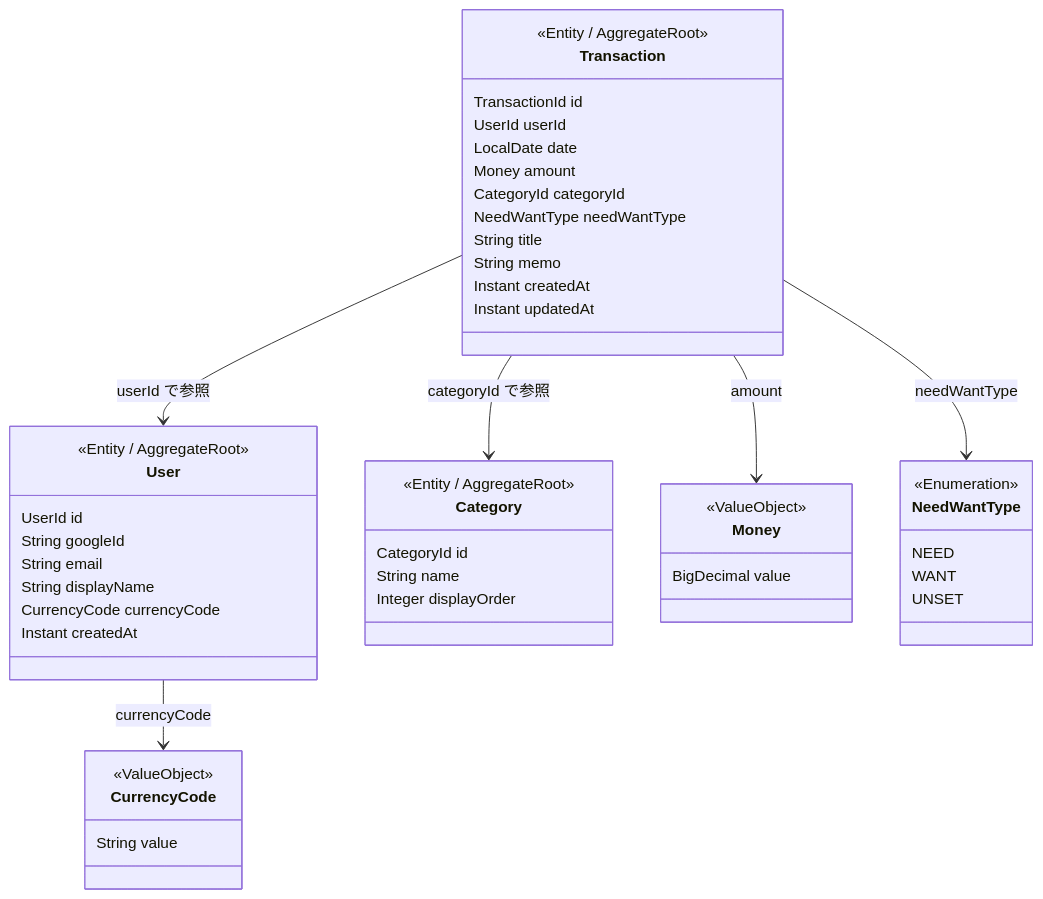
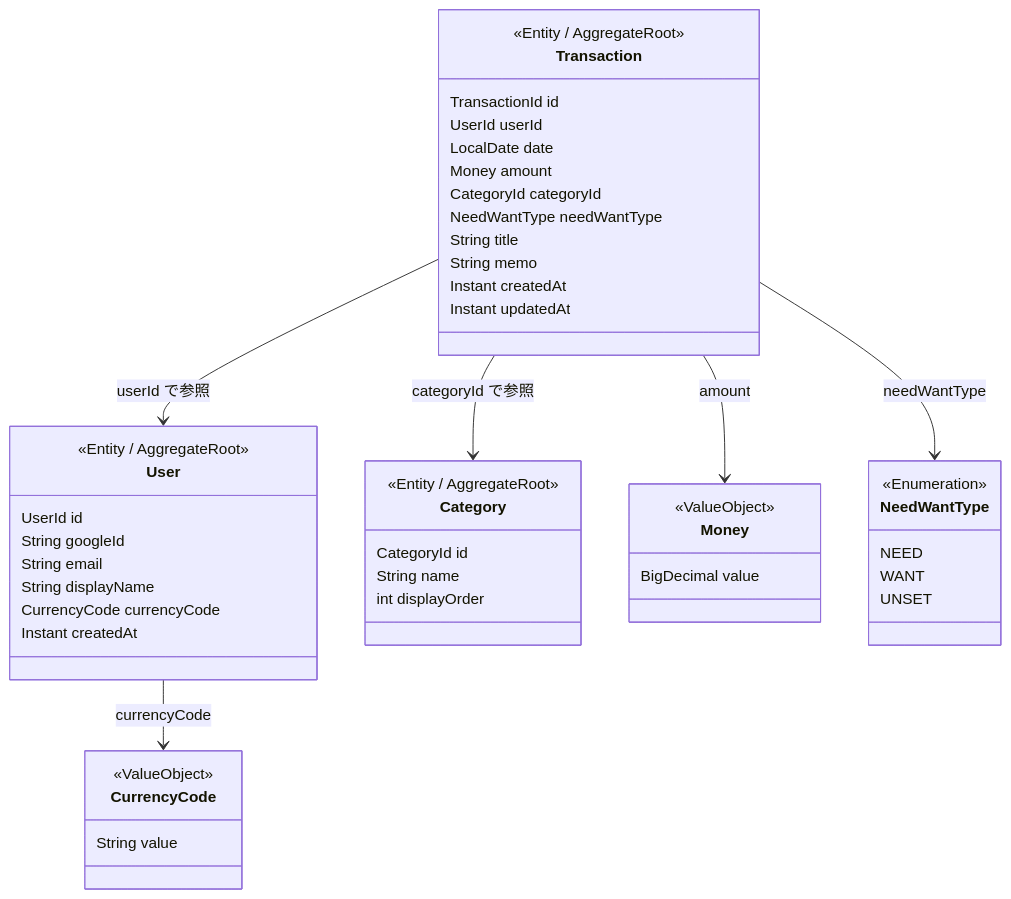
The diagram in docs/03-design/domain-model.md (youmorry/expense-tracker), drawn with Mermaid before and after one commit. The commit also changed other lines of this file, not shown here.

Commit message:
docs: domain-model.mdのCategory displayOrderをintに修正

````diff
--- a/docs/03-design/domain-model.md
+++ b/docs/03-design/domain-model.md
@@ -12,58 +12,58 @@
 ```mermaid
 classDiagram
     direction TB
 
     class User {
         <<Entity / AggregateRoot>>
         UserId id
         String googleId
         String email
         String displayName
         CurrencyCode currencyCode
         Instant createdAt
     }
 
     class Transaction {
         <<Entity / AggregateRoot>>
         TransactionId id
         UserId userId
         LocalDate date
         Money amount
         CategoryId categoryId
         NeedWantType needWantType
         String title
         String memo
         Instant createdAt
         Instant updatedAt
     }
 
     class Category {
         <<Entity / AggregateRoot>>
         CategoryId id
         String name
-        Integer displayOrder
+        int displayOrder
     }
 
     class CurrencyCode {
         <<ValueObject>>
         String value
     }
 
     class Money {
         <<ValueObject>>
         BigDecimal value
     }
 
     class NeedWantType {
         <<Enumeration>>
         NEED
         WANT
         UNSET
     }
 
     User --> CurrencyCode : currencyCode
     Transaction --> User : userId で参照
     Transaction --> Category : categoryId で参照
     Transaction --> Money : amount
     Transaction --> NeedWantType : needWantType
 ```
````
